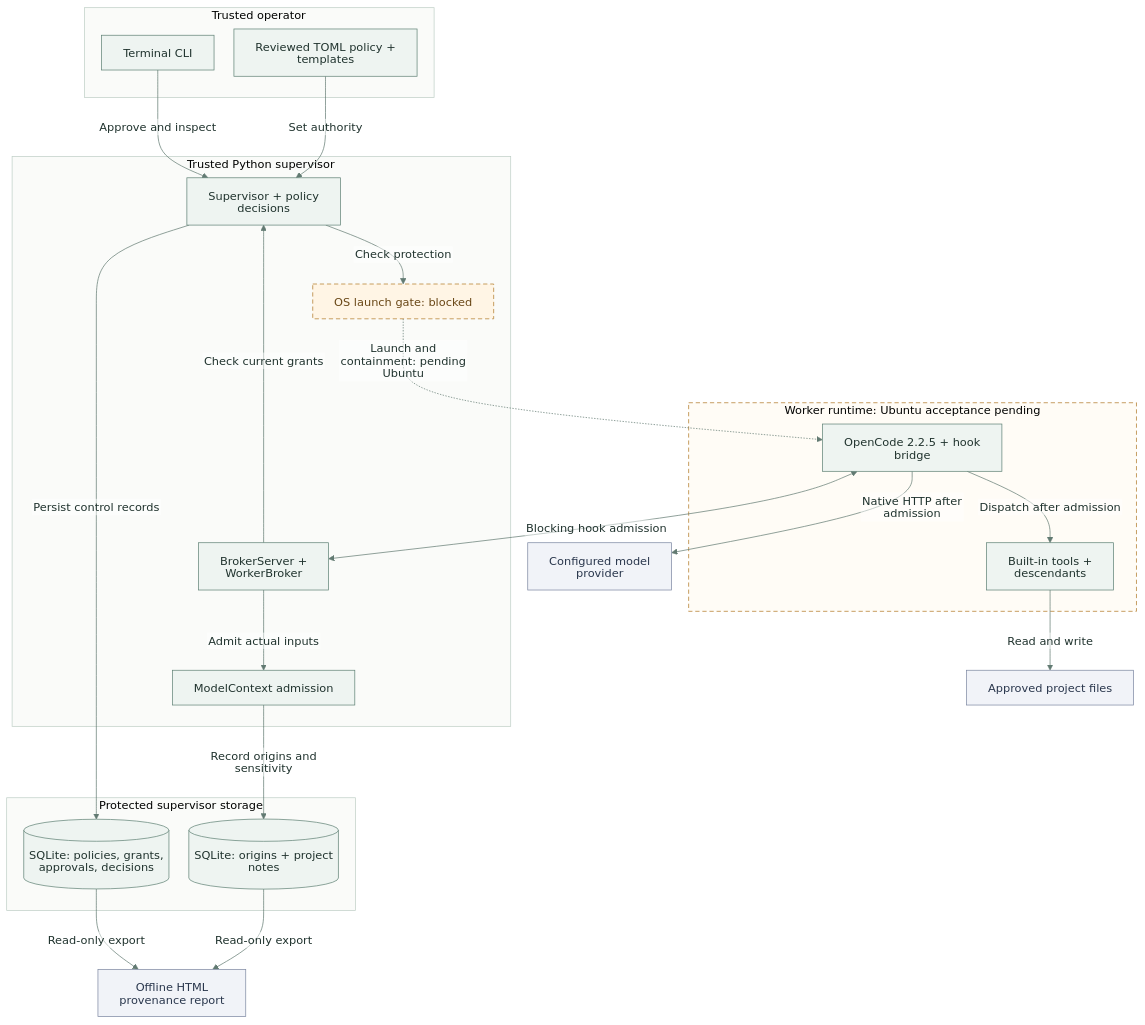
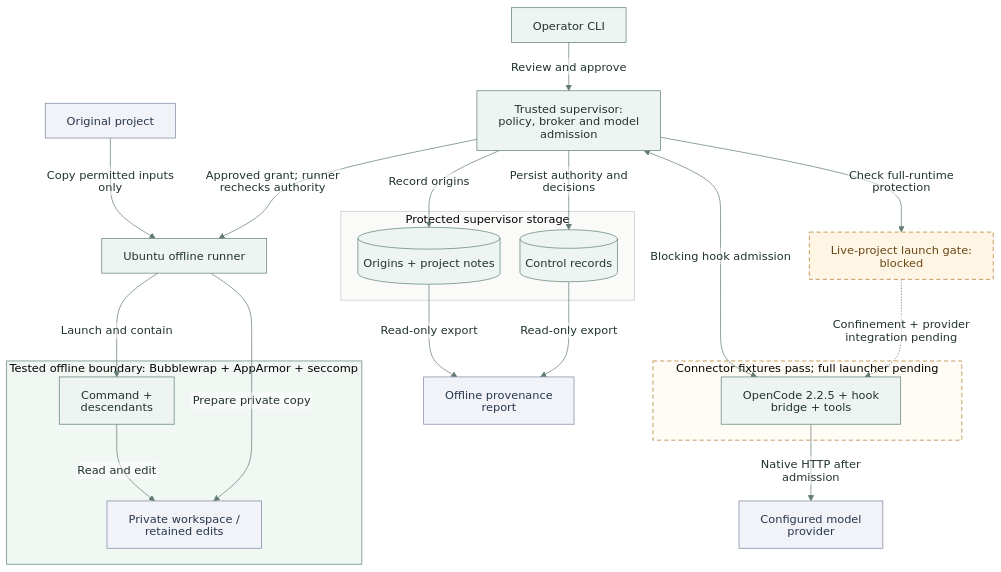
One commit to realqijun/cubicle-linux changed the diagram in docs/diagrams/architecture.mmd. Above: the diagram before and after it, drawn with Mermaid. The commit also changed 15 other files, not shown here.

```diff
--- a/docs/diagrams/architecture.mmd
+++ b/docs/diagrams/architecture.mmd
@@ -1,68 +1,66 @@
 ---
 config:
   theme: base
   htmlLabels: false
   themeCSS: 'text { font-family: Arial, Helvetica, sans-serif !important; }'
   themeVariables:
     fontFamily: 'Arial, Helvetica, sans-serif'
     fontSize: 16px
     primaryColor: '#eef4f1'
     primaryTextColor: '#20332e'
     primaryBorderColor: '#5f8175'
     lineColor: '#627a72'
     clusterBkg: '#fafbf9'
     clusterBorder: '#bfcfc6'
     edgeLabelBackground: '#ffffff'
   flowchart:
     htmlLabels: false
     curve: basis
     nodeSpacing: 28
-    rankSpacing: 60
+    rankSpacing: 45
 ---
 flowchart TB
-    subgraph operator ["Trusted operator"]
-        cli["Terminal CLI"]
-        policy["Reviewed TOML policy + templates"]
+    cli["Operator CLI"]
+    sourceProject["Original project"]
+    supervisor["Trusted supervisor: policy, broker and model admission"]
+    runner["Ubuntu offline runner"]
+    launchGate["Live-project launch gate: blocked"]
+
+    subgraph isolated ["Tested offline boundary: Bubblewrap + AppArmor + seccomp"]
+        process["Command + descendants"]
+        workspace["Private workspace / retained edits"]
     end
 
-    subgraph control ["Trusted Python supervisor"]
-        supervisor["Supervisor + policy decisions"]
-        broker["BrokerServer + WorkerBroker"]
-        context["ModelContext admission"]
-        gate["OS launch gate: blocked"]
-    end
-
-    subgraph worker ["Worker runtime: Ubuntu acceptance pending"]
-        opencode["OpenCode 2.2.5 + hook bridge"]
-        tools["Built-in tools + descendants"]
+    subgraph connector ["Connector fixtures pass; full launcher pending"]
+        opencode["OpenCode 2.2.5 + hook bridge + tools"]
     end
 
     subgraph storage ["Protected supervisor storage"]
-        state[("SQLite: policies, grants, approvals, decisions")]
-        provenance[("SQLite: origins + project notes")]
+        state[("Control records")]
+        provenance[("Origins + project notes")]
     end
 
     provider["Configured model provider"]
-    project["Approved project files"]
-    report["Offline HTML provenance report"]
+    report["Offline provenance report"]
 
-    cli -->|"Approve and inspect"| supervisor
-    policy -->|"Set authority"| supervisor
-    broker -->|"Check current grants"| supervisor
-    supervisor -->|"Persist control records"| state
-    supervisor -->|"Check protection"| gate
-    gate -.->|"Launch and containment: pending Ubuntu"| opencode
-    opencode <-->|"Blocking hook admission"| broker
-    broker -->|"Admit actual inputs"| context
-    context -->|"Record origins and sensitivity"| provenance
+    cli -->|"Review and approve"| supervisor
+    supervisor -->|"Approved grant; runner rechecks authority"| runner
+    sourceProject -->|"Copy permitted inputs only"| runner
+    runner -->|"Prepare private copy"| workspace
+    runner -->|"Launch and contain"| process
+    process -->|"Read and edit"| workspace
+    supervisor -->|"Check full-runtime protection"| launchGate
+    launchGate -.->|"Confinement + provider integration pending"| opencode
+    opencode <-->|"Blocking hook admission"| supervisor
     opencode -->|"Native HTTP after admission"| provider
-    opencode -->|"Dispatch after admission"| tools
-    tools -->|"Read and write"| project
+    supervisor -->|"Persist authority and decisions"| state
+    supervisor -->|"Record origins"| provenance
     state -->|"Read-only export"| report
     provenance -->|"Read-only export"| report
 
     classDef pending fill:#fff5e5,stroke:#b07824,color:#694716,stroke-dasharray:6 4
     classDef output fill:#f1f3f8,stroke:#7c87a1,color:#29364c
-    class gate pending
-    class provider,project,report output
-    style worker fill:#fffcf6,stroke:#b07824,stroke-dasharray:6 4
+    class launchGate pending
+    class sourceProject,workspace,provider,report output
+    style isolated fill:#f1f7f3,stroke:#5f8175
+    style connector fill:#fffcf6,stroke:#b07824,stroke-dasharray:6 4
```
